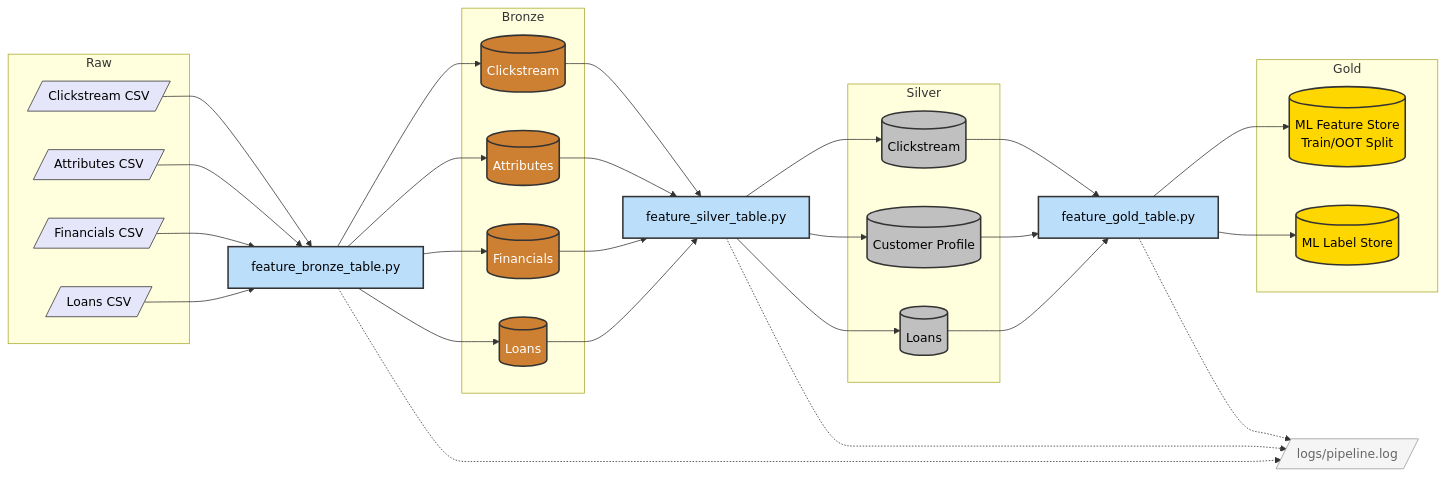
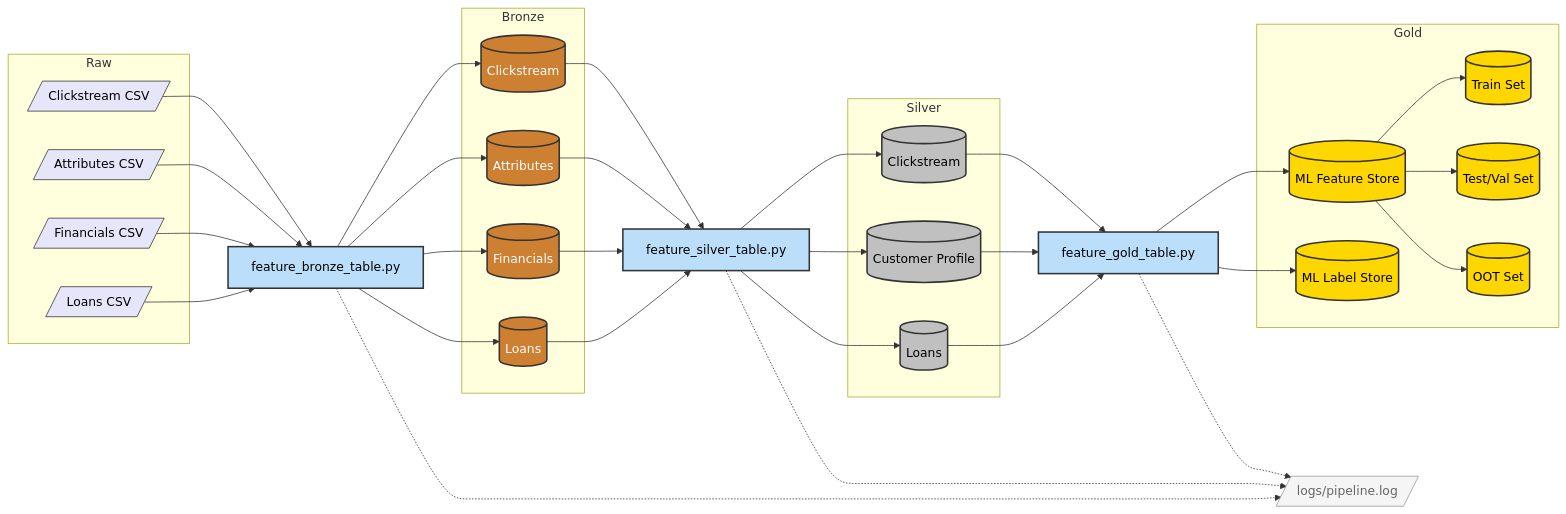
The diagram in docs/architecture_v3.md (siranishkd/predictive-loan-default-modelling), drawn with Mermaid before and after one commit. The commit also changed 1 other file, not shown here.

Commit message:
Update Slide 8 to detail Train, Test, and OOT split strategy

````diff
--- a/docs/architecture_v3.md
+++ b/docs/architecture_v3.md
@@ -9,73 +9,82 @@
 ```mermaid
 graph LR
     classDef bronze fill:#cd7f32,stroke:#333,stroke-width:2px,color:#fff
     classDef silver fill:#c0c0c0,stroke:#333,stroke-width:2px,color:#000
     classDef gold fill:#ffd700,stroke:#333,stroke-width:2px,color:#000
     classDef raw fill:#e6e6fa,stroke:#333,stroke-width:1px,color:#000
     classDef process fill:#bbdefb,stroke:#333,stroke-width:2px,color:#000
     classDef log fill:#f5f5f5,stroke:#999,stroke-width:1px,color:#666
 
     %% Raw Layer
     subgraph Raw
         R1[/Clickstream CSV/]:::raw
         R2[/Attributes CSV/]:::raw
         R3[/Financials CSV/]:::raw
         R4[/Loans CSV/]:::raw
     end
 
     %% Bronze Layer
     P1[feature_bronze_table.py]:::process
 
     subgraph Bronze
         B1[(Clickstream)]:::bronze
         B2[(Attributes)]:::bronze
         B3[(Financials)]:::bronze
         B4[(Loans)]:::bronze
     end
 
     R1 --> P1
     R2 --> P1
     R3 --> P1
     R4 --> P1
     P1 --> B1
     P1 --> B2
     P1 --> B3
     P1 --> B4
 
     %% Silver Layer
     P2[feature_silver_table.py]:::process
 
     subgraph Silver
         S1[(Clickstream)]:::silver
         S2[(Customer Profile)]:::silver
         S3[(Loans)]:::silver
     end
 
     B1 --> P2
     B2 --> P2
     B3 --> P2
     B4 --> P2
     P2 --> S1
     P2 --> S2
     P2 --> S3
 
     %% Gold Layer
     P3[feature_gold_table.py]:::process
 
     subgraph Gold
-        G1[(ML Feature Store <br> Train/OOT Split)]:::gold
+        G1[(ML Feature Store)]:::gold
         G2[(ML Label Store)]:::gold
+        
+        %% Splits
+        G_Train[(Train Set)]:::gold
+        G_Test[(Test/Val Set)]:::gold
+        G_OOT[(OOT Set)]:::gold
     end
 
     S1 --> P3
     S2 --> P3
     S3 --> P3
     P3 --> G1
     P3 --> G2
+    
+    G1 --> G_Train
+    G1 --> G_Test
+    G1 --> G_OOT
 
     %% Logging — sits below, small
     LOG[/logs/pipeline.log/]:::log
     P1 -.-> LOG
     P2 -.-> LOG
     P3 -.-> LOG
 ```
````
